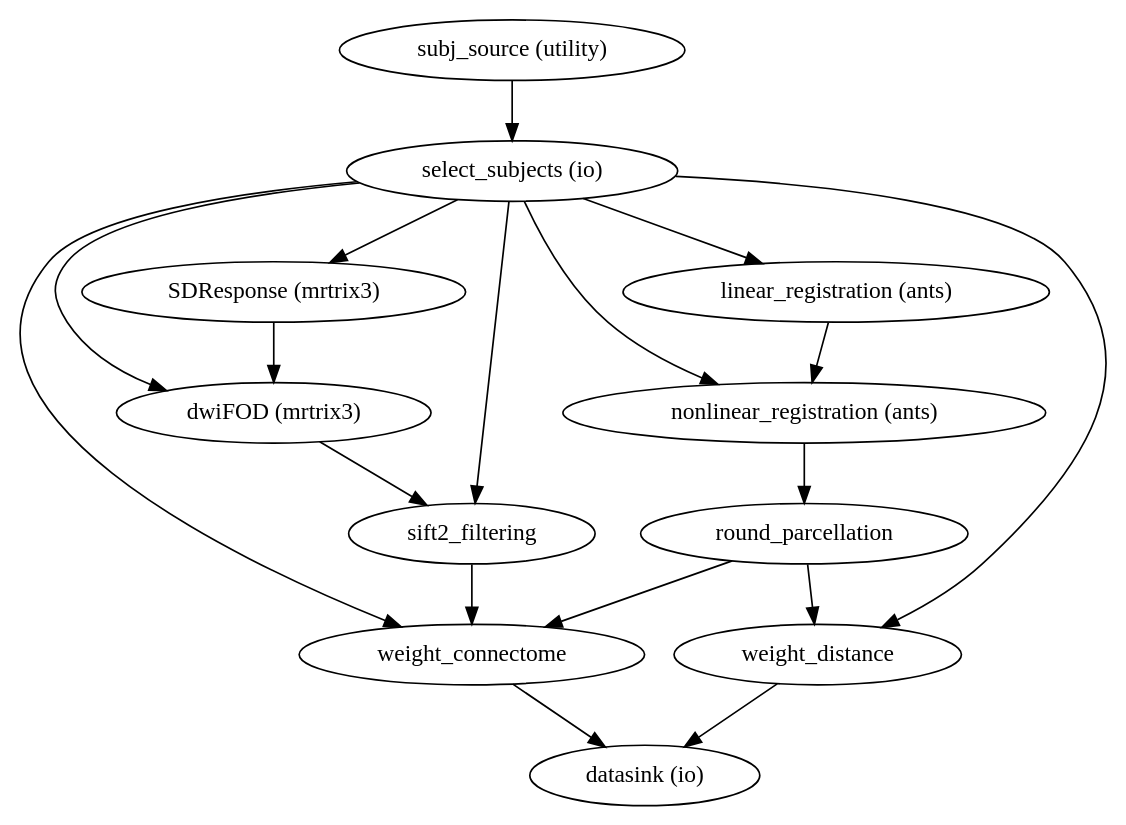
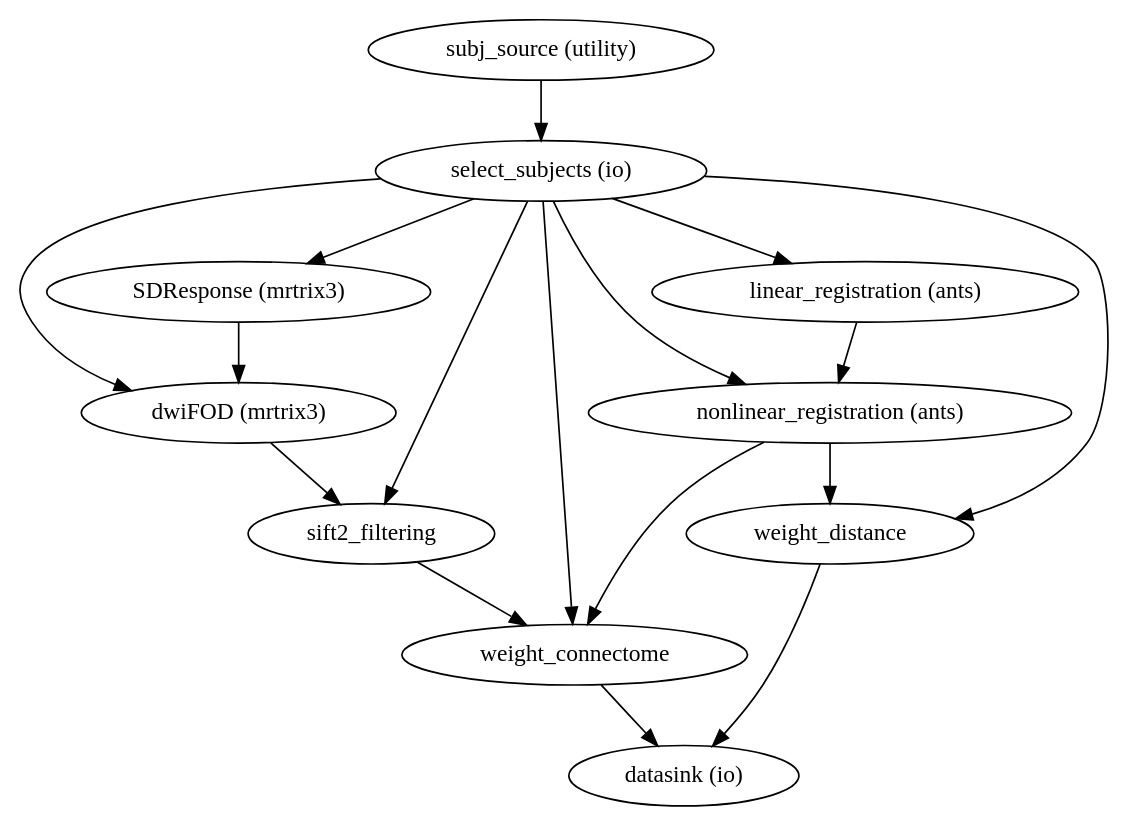
Before and after one commit to benjaminsipes/pipetography: the diagram in testing/BIDS_dir/derivatives/pipetography/graph/postprocessing.dot, drawn with Graphviz. The commit also changed 7 other files, not shown here.

Commit message:
remove round parcellation, close #32

```diff
--- a/testing/BIDS_dir/derivatives/pipetography/graph/postprocessing.dot
+++ b/testing/BIDS_dir/derivatives/pipetography/graph/postprocessing.dot
@@ -1,30 +1,28 @@
 strict digraph  {
 "subj_source (utility)";
 "select_subjects (io)";
 "linear_registration (ants)";
 "nonlinear_registration (ants)";
 "SDResponse (mrtrix3)";
 "dwiFOD (mrtrix3)";
 sift2_filtering;
 weight_connectome;
 weight_distance;
-round_parcellation;
 "datasink (io)";
 "subj_source (utility)" -> "select_subjects (io)";
 "select_subjects (io)" -> "linear_registration (ants)";
 "select_subjects (io)" -> "nonlinear_registration (ants)";
 "select_subjects (io)" -> "SDResponse (mrtrix3)";
 "select_subjects (io)" -> "dwiFOD (mrtrix3)";
 "select_subjects (io)" -> sift2_filtering;
 "select_subjects (io)" -> weight_connectome;
 "select_subjects (io)" -> weight_distance;
 "linear_registration (ants)" -> "nonlinear_registration (ants)";
-"nonlinear_registration (ants)" -> round_parcellation;
+"nonlinear_registration (ants)" -> weight_connectome;
+"nonlinear_registration (ants)" -> weight_distance;
 "SDResponse (mrtrix3)" -> "dwiFOD (mrtrix3)";
 "dwiFOD (mrtrix3)" -> sift2_filtering;
 sift2_filtering -> weight_connectome;
 weight_connectome -> "datasink (io)";
 weight_distance -> "datasink (io)";
-round_parcellation -> weight_connectome;
-round_parcellation -> weight_distance;
 }
```
